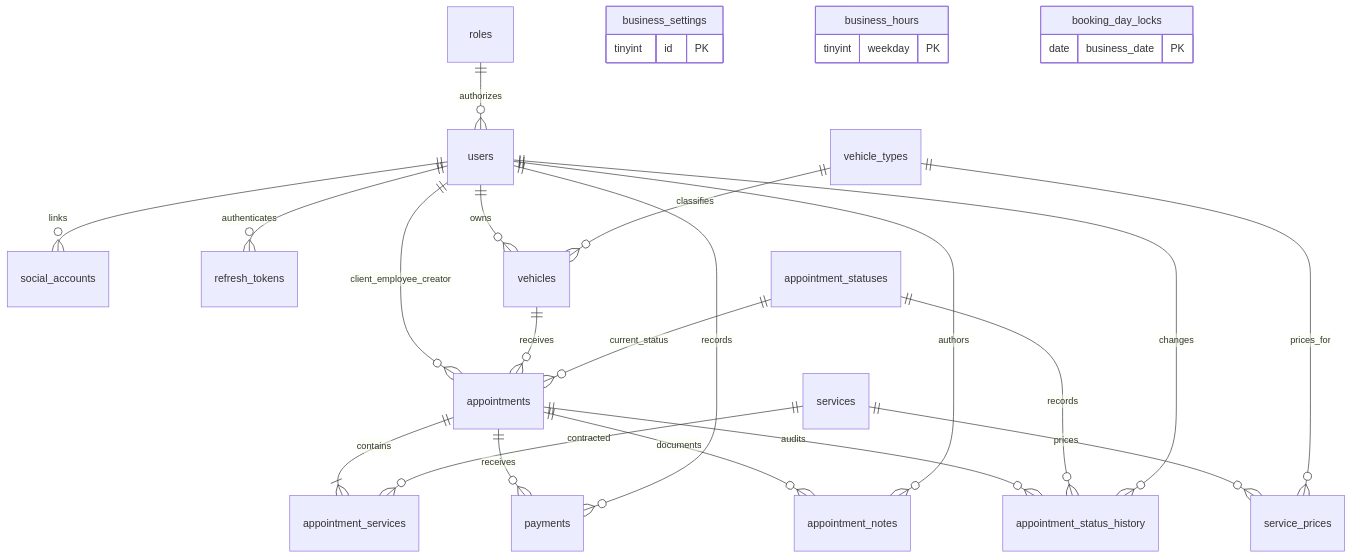
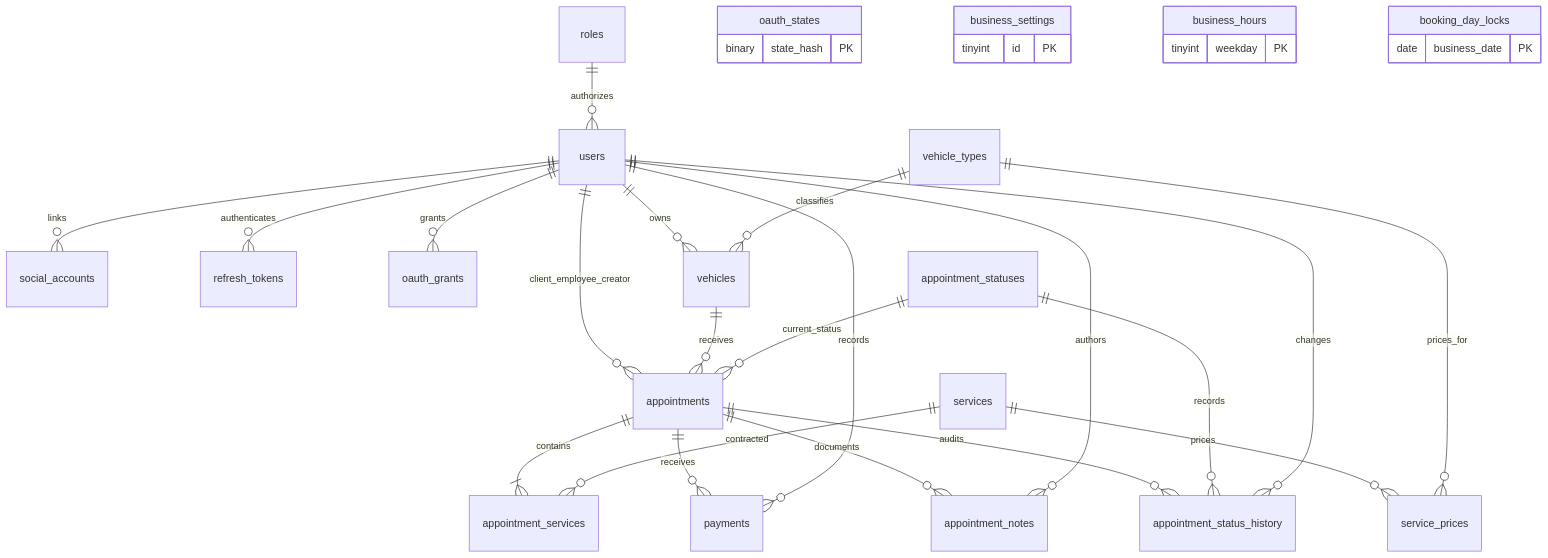
Before and after one commit to nehuenparrondo/lavadero-api: the diagram in docs/database.md, drawn with Mermaid. The commit also changed other lines of this file and 10 other files, not shown here.

````diff
--- a/docs/database.md
+++ b/docs/database.md
@@ -9,25 +9,27 @@
 ```mermaid
 erDiagram
   roles ||--o{ users : authorizes
   users ||--o{ social_accounts : links
   users ||--o{ refresh_tokens : authenticates
+  users ||--o{ oauth_grants : grants
+  oauth_states { binary state_hash PK }
   users ||--o{ vehicles : owns
   vehicle_types ||--o{ vehicles : classifies
   services ||--o{ service_prices : prices
   vehicle_types ||--o{ service_prices : prices_for
   users ||--o{ appointments : client_employee_creator
   vehicles ||--o{ appointments : receives
   appointment_statuses ||--o{ appointments : current_status
   appointments ||--|{ appointment_services : contains
   services ||--o{ appointment_services : contracted
   appointments ||--o{ payments : receives
   users ||--o{ payments : records
   appointments ||--o{ appointment_notes : documents
   users ||--o{ appointment_notes : authors
   appointments ||--o{ appointment_status_history : audits
   appointment_statuses ||--o{ appointment_status_history : records
   users ||--o{ appointment_status_history : changes
   business_settings { tinyint id PK }
   business_hours { tinyint weekday PK }
   booking_day_locks { date business_date PK }
 ```
````
